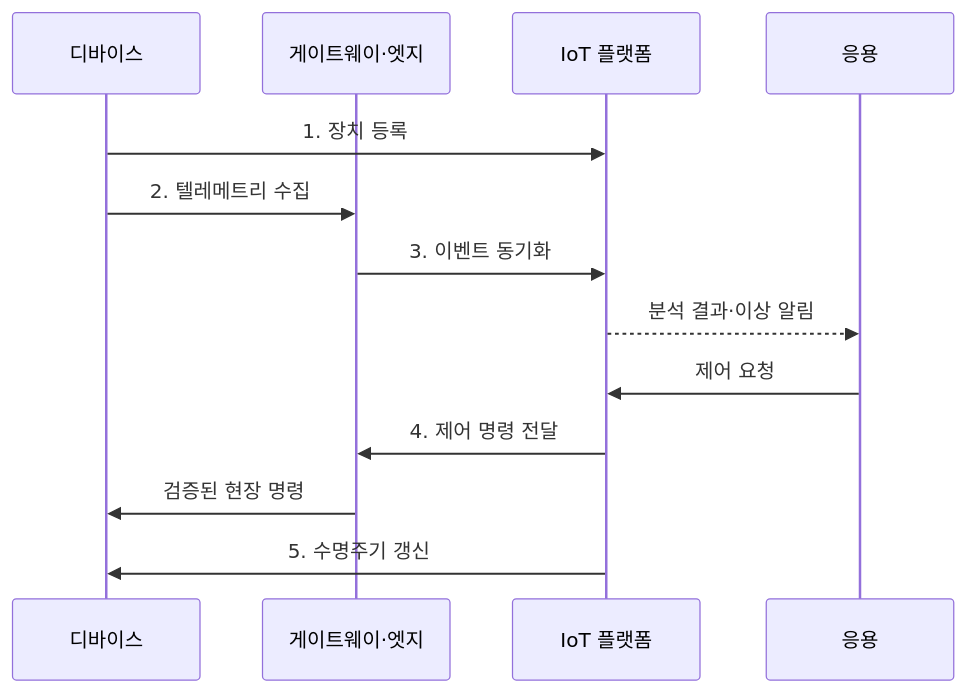
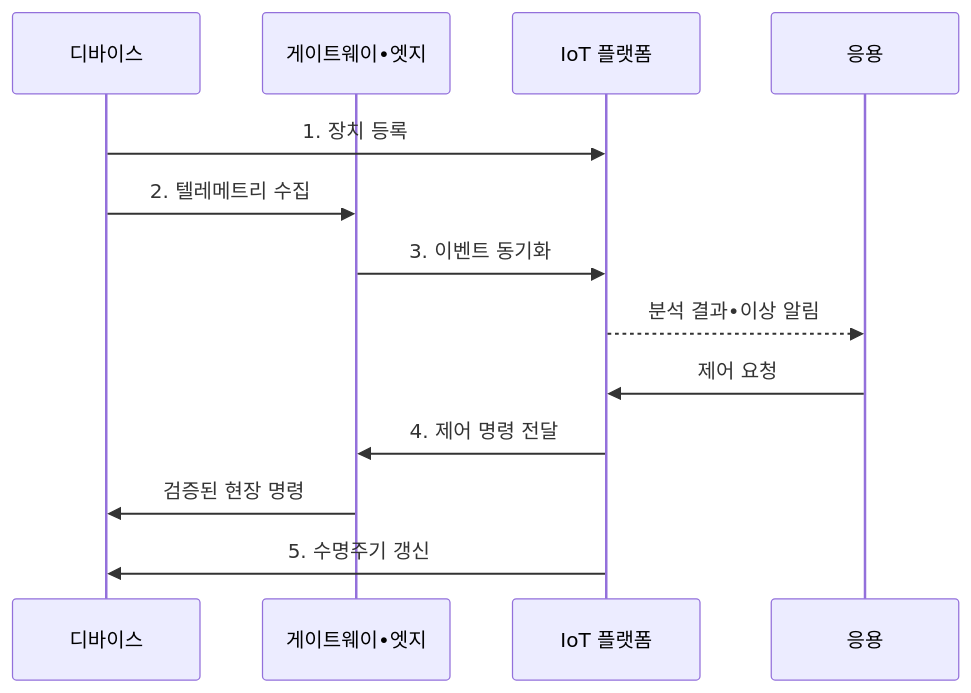
Before and after one commit to agnusdei1207/knowledge-base: the second of 2 diagrams in src/content/docs/notes/04-network/077_iot_architecture.md, drawn with Mermaid. The commit also changed other lines of this file and 953 other files, not shown here.

````diff
--- a/src/content/docs/notes/04-network/077_iot_architecture.md
+++ b/src/content/docs/notes/04-network/077_iot_architecture.md
@@ -98,15 +98,15 @@
 ```mermaid
 sequenceDiagram
     participant D as 디바이스
-    participant E as 게이트웨이·엣지
+    participant E as 게이트웨이•엣지
     participant P as IoT 플랫폼
     participant A as 응용
     D->>P: 1. 장치 등록
     D->>E: 2. 텔레메트리 수집
     E->>P: 3. 이벤트 동기화
-    P-->>A: 분석 결과·이상 알림
+    P-->>A: 분석 결과•이상 알림
     A->>P: 제어 요청
     P->>E: 4. 제어 명령 전달
     E->>D: 검증된 현장 명령
     P->>D: 5. 수명주기 갱신
 ```
````
